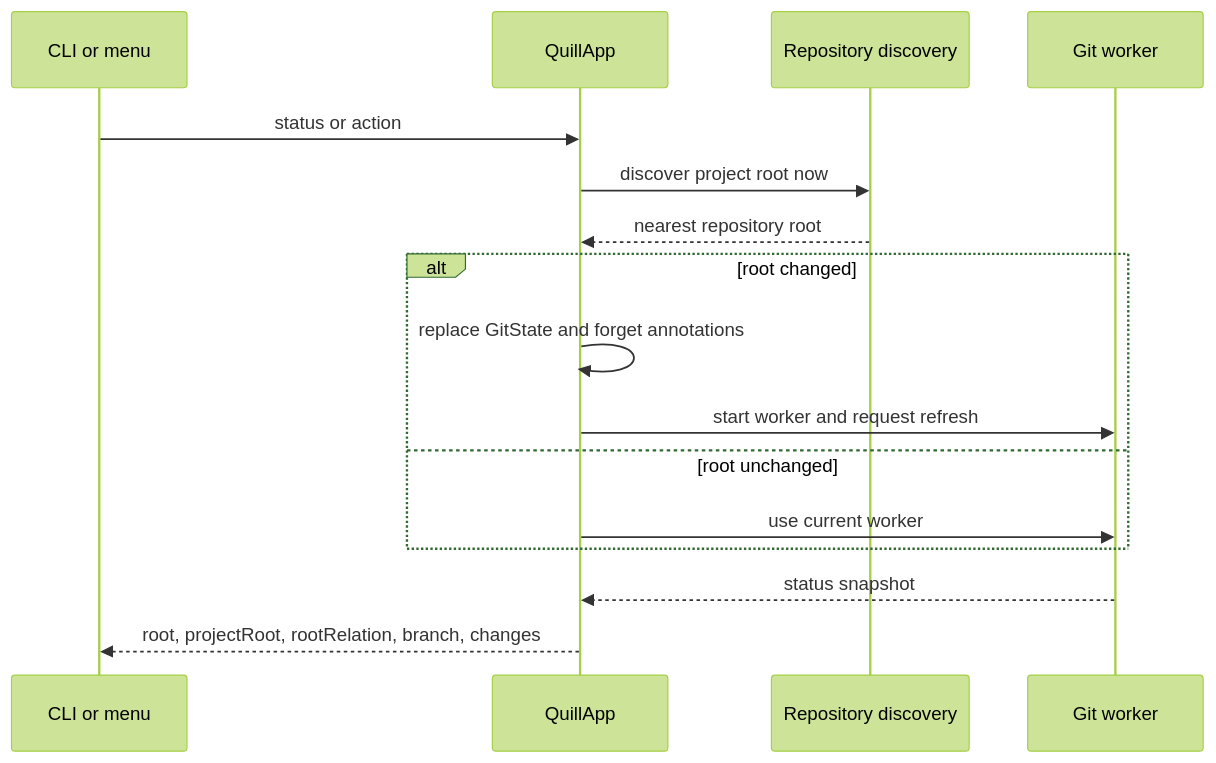
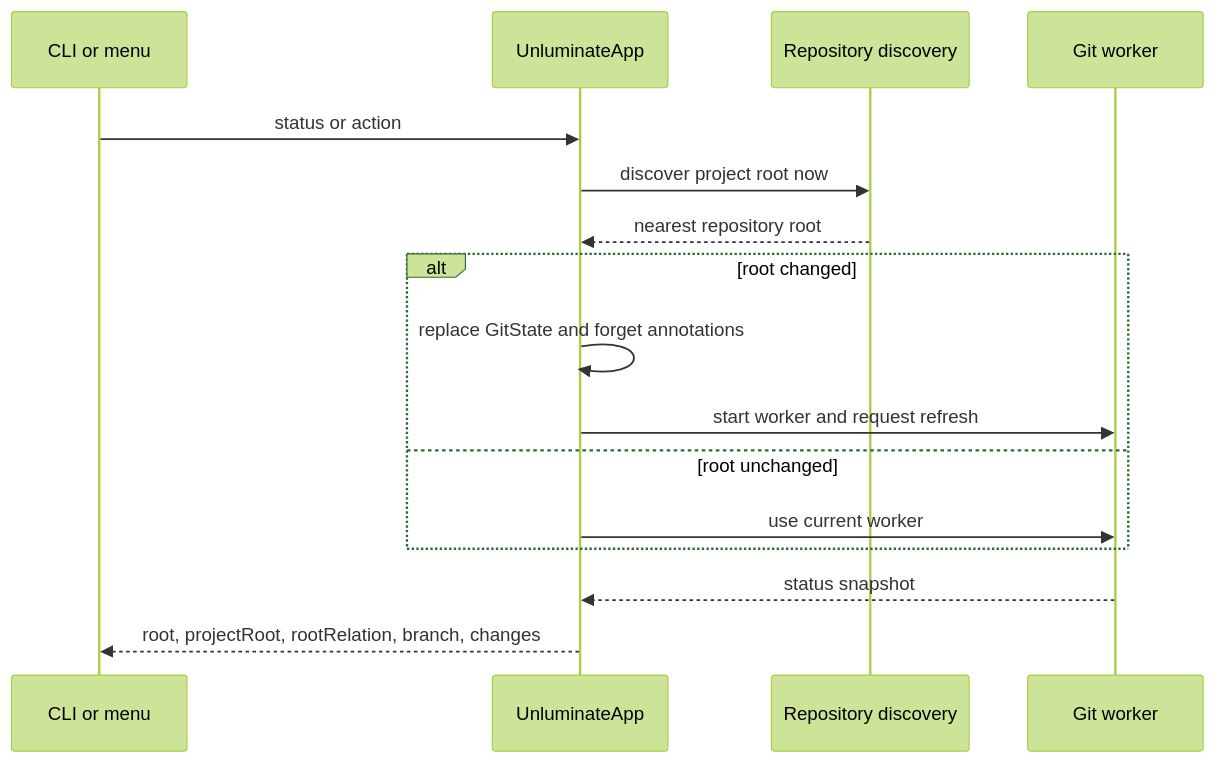
Before and after one commit to Black-Rainbow-Labs/Unluminous: the second of 3 diagrams in tasks/task-1701-git-root-refresh-tdd.md, drawn with Mermaid (forest theme). The commit also changed other lines of this file and 1291 other files, not shown here.

First line of the commit message:
task-1800: rename Quill to Unluminate

````diff
--- a/tasks/task-1701-git-root-refresh-tdd.md
+++ b/tasks/task-1701-git-root-refresh-tdd.md
@@ -57,18 +57,18 @@
 ```mermaid
 sequenceDiagram
     participant C as CLI or menu
-    participant A as QuillApp
+    participant A as UnluminateApp
     participant G as Repository discovery
     participant W as Git worker
     C->>A: status or action
     A->>G: discover project root now
     G-->>A: nearest repository root
     alt root changed
         A->>A: replace GitState and forget annotations
         A->>W: start worker and request refresh
     else root unchanged
         A->>W: use current worker
     end
     W-->>A: status snapshot
     A-->>C: root, projectRoot, rootRelation, branch, changes
 ```
````
